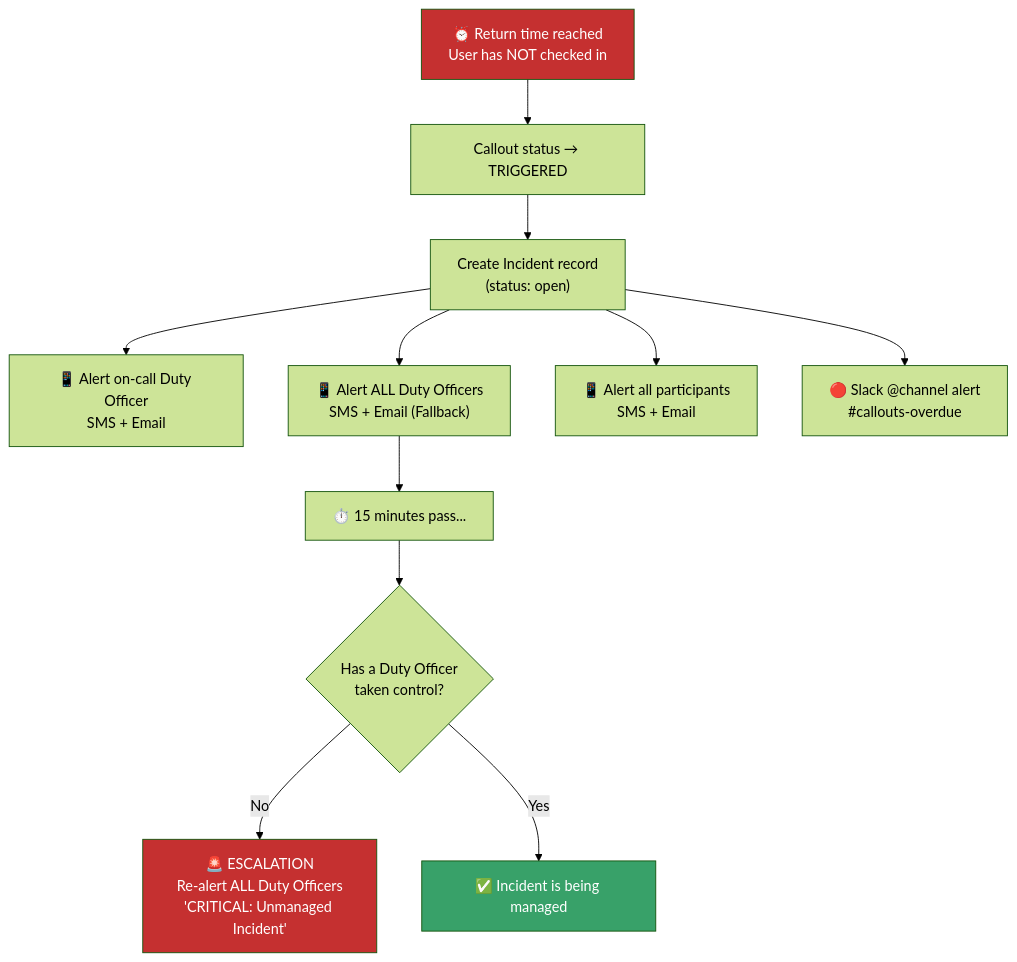
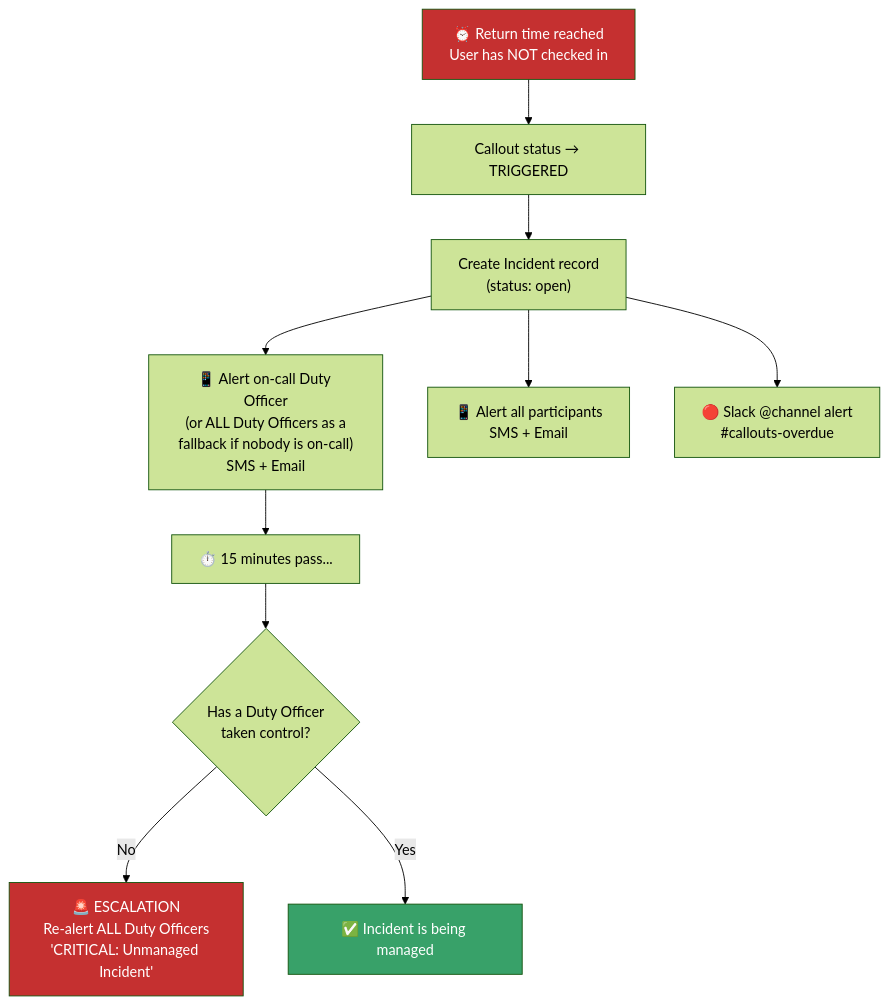
The fourth of 8 diagrams in docs/callout-system.md (paperclipmonkey/subterra), drawn with Mermaid (forest theme) before and after one commit. The commit also changed other lines of this file and 62 other files, not shown here.

````diff
--- a/docs/callout-system.md
+++ b/docs/callout-system.md
@@ -148,20 +160,19 @@
 ```mermaid
 flowchart TD
     Overdue["⏰ Return time reached<br/>User has NOT checked in"]
     Overdue --> Trigger["Callout status → TRIGGERED"]
     Trigger --> Incident["Create Incident record<br/>(status: open)"]
 
-    Incident --> NotifyDO["📱 Alert on-call Duty Officer<br/>SMS + Email"]
-    Incident --> NotifyAll["📱 Alert ALL Duty Officers<br/>SMS + Email (Fallback)"]
+    Incident --> NotifyDO["📱 Alert on-call Duty Officer<br/>(or ALL Duty Officers as a<br/>fallback if nobody is on-call)<br/>SMS + Email"]
     Incident --> NotifyParticipants["📱 Alert all participants<br/>SMS + Email"]
     Incident --> SlackAlert["🔴 Slack @channel alert<br/>#callouts-overdue"]
 
-    NotifyAll --> Wait15["⏱️ 15 minutes pass..."]
+    NotifyDO --> Wait15["⏱️ 15 minutes pass..."]
     Wait15 --> CheckController{"Has a Duty Officer<br/>taken control?"}
     CheckController -->|No| Escalate["🚨 ESCALATION<br/>Re-alert ALL Duty Officers<br/>'CRITICAL: Unmanaged Incident'"]
     CheckController -->|Yes| Managed["✅ Incident is being managed"]
 
     style Overdue fill:#c53030,color:#fff
     style Escalate fill:#c53030,color:#fff
     style Managed fill:#38a169,color:#fff
 ```
````
